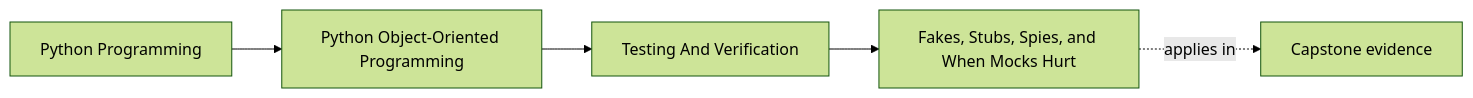
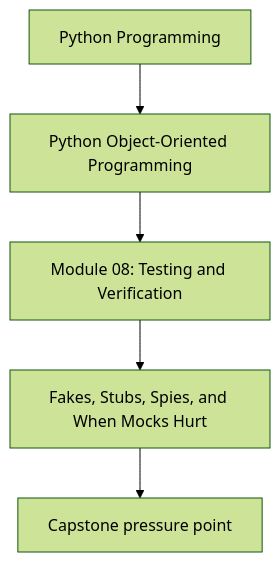
The first of 2 diagrams in programs/python-programming/python-object-oriented-programming/course-book/module-08-testing-and-verification/fakes-stubs-spies-and-when-mocks-hurt.md (bijux/bijux-masterclass), drawn with Mermaid (forest theme) before and after one commit. The commit also changed other lines of this file and 107 other files, not shown here.

Commit message:
docs(python-object-oriented-programming): align concept page diagrams

````diff
--- a/programs/python-programming/python-object-oriented-programming/course-book/module-08-testing-and-verification/fakes-stubs-spies-and-when-mocks-hurt.md
+++ b/programs/python-programming/python-object-oriented-programming/course-book/module-08-testing-and-verification/fakes-stubs-spies-and-when-mocks-hurt.md
@@ -7,11 +7,7 @@
 ```mermaid
-graph LR
-  family["Python Programming"]
-  program["Python Object-Oriented Programming"]
-  section["Testing And Verification"]
-  page["Fakes, Stubs, Spies, and When Mocks Hurt"]
-  capstone["Capstone evidence"]
-
-  family --> program --> section --> page
-  page -.applies in.-> capstone
+flowchart TD
+  family["Python Programming"] --> program["Python Object-Oriented Programming"]
+  program --> module["Module 08: Testing and Verification"]
+  module --> concept["Fakes, Stubs, Spies, and When Mocks Hurt"]
+  concept --> capstone["Capstone pressure point"]
 ```
````
